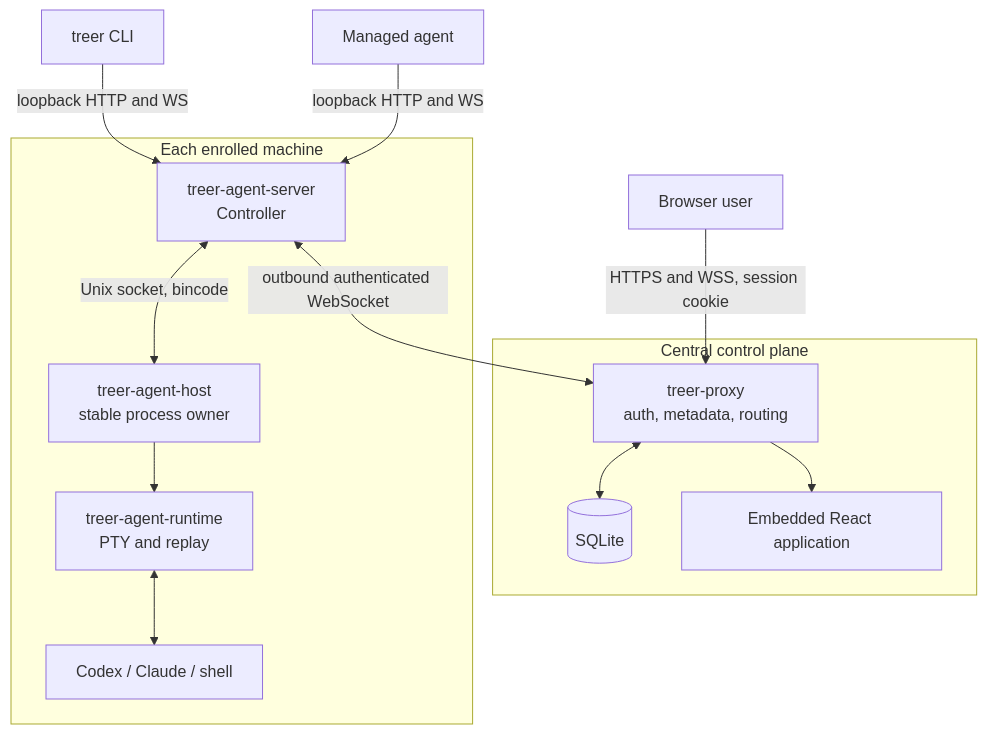
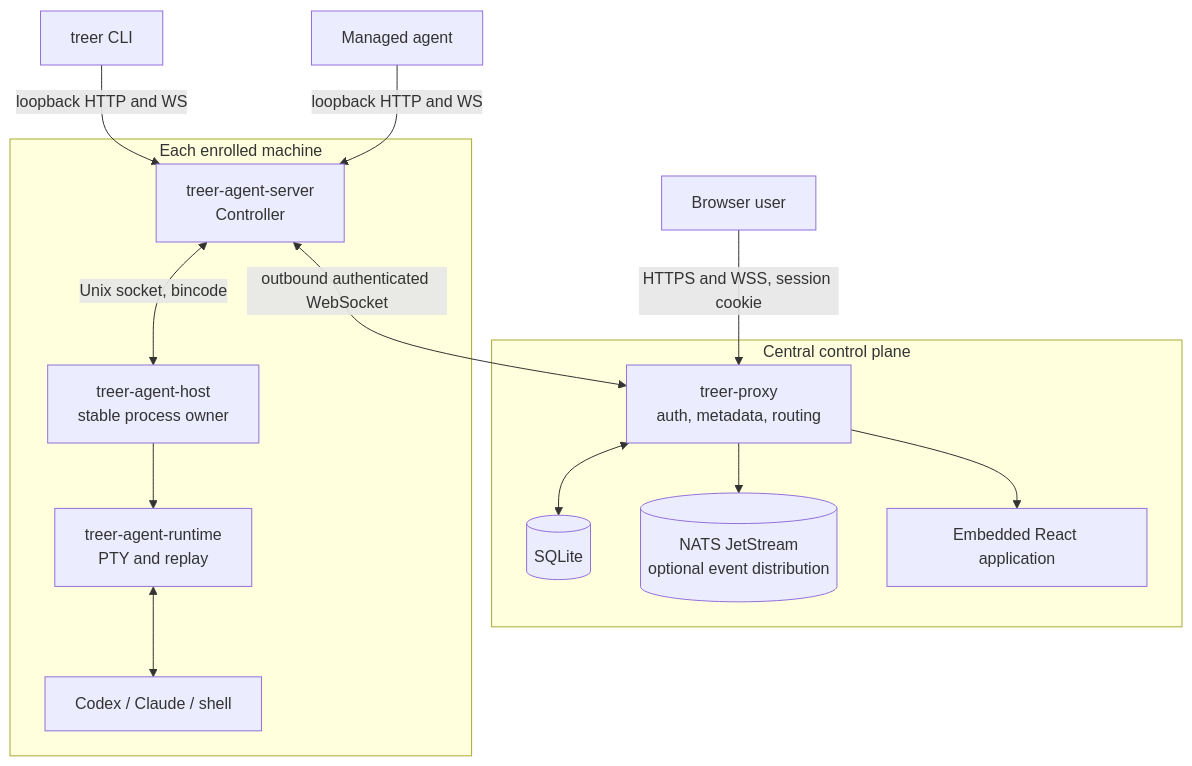
Before and after one commit to EvoEvolver/treer: the first of 2 diagrams in docs/architecture.md, drawn with Mermaid. The commit also changed other lines of this file and 15 other files, not shown here.

Commit message:
feat: add optional NATS event plane

````diff
--- a/docs/architecture.md
+++ b/docs/architecture.md
@@ -12,26 +12,28 @@
 ```mermaid
 flowchart TB
     Browser[Browser user] -->|HTTPS and WSS, session cookie| Proxy
     CLI[treer CLI] -->|loopback HTTP and WS| Controller
     Agent[Managed agent] -->|loopback HTTP and WS| Controller
 
     subgraph Central[Central control plane]
         Proxy["treer-proxy<br/>auth, metadata, routing"]
         DB[(SQLite)]
+        NATS[(NATS JetStream<br/>optional event distribution)]
         Web[Embedded React application]
         Proxy <--> DB
+        Proxy --> NATS
         Proxy --> Web
     end
 
     subgraph Machine[Each enrolled machine]
         Controller["treer-agent-server<br/>Controller"]
         Host["treer-agent-host<br/>stable process owner"]
         Runtime["treer-agent-runtime<br/>PTY and replay"]
         Processes[Codex / Claude / shell]
         Controller <-->|Unix socket, bincode| Host
         Host --> Runtime
         Runtime <--> Processes
     end
 
     Controller <-->|outbound authenticated WebSocket| Proxy
 ```
````
